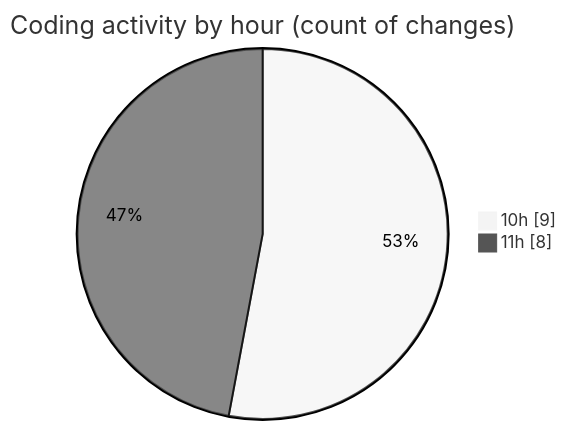
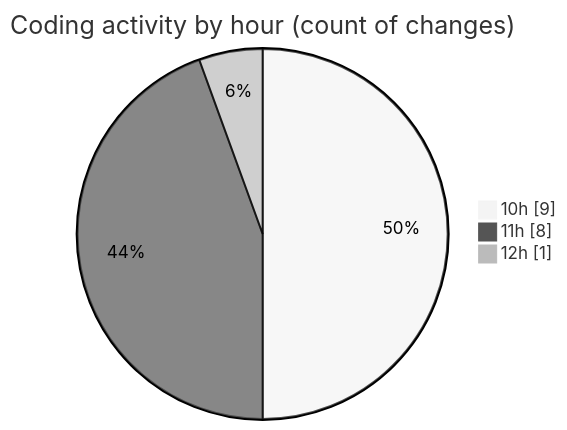
The second of 2 diagrams in 2026-04-16/airfeed-analytics-dashboard/README.md (nxtqubesakshisongat/code-tracking), drawn with Mermaid (neutral theme) before and after one commit. The commit also changed other lines of this file and 1 other file, not shown here.

````diff
--- a/2026-04-16/airfeed-analytics-dashboard/README.md
+++ b/2026-04-16/airfeed-analytics-dashboard/README.md
@@ -34,6 +35,7 @@
 ```mermaid
 pie showData
 title Coding activity by hour (count of changes)
 "10h" : 9
 "11h" : 8
+"12h" : 1
 ```
````
